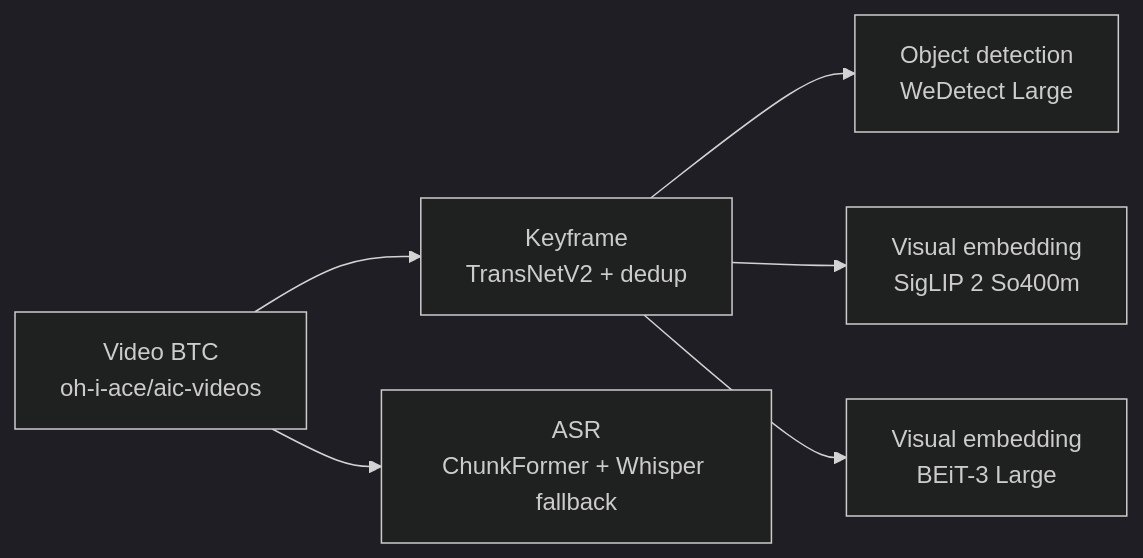
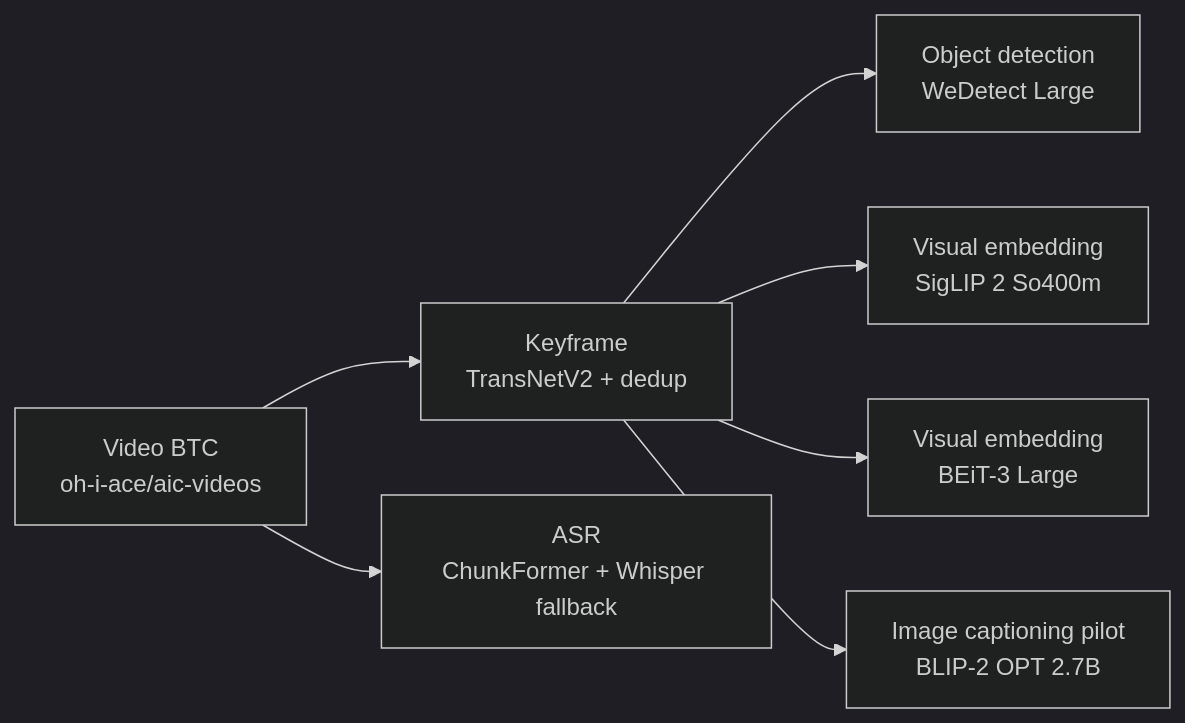
Before and after one commit to AIVIETNAM-AIO-LeWann/multimedia-video-rag: the diagram in README.md, drawn with Mermaid (dark theme). The commit also changed other lines of this file and 5 other files, not shown here.

Commit message:
feat: add BLIP-2 caption ingestion pilot

````diff
--- a/README.md
+++ b/README.md
@@ -34,15 +35,17 @@
 ```mermaid
 flowchart LR
     V[Video BTC<br/>oh-i-ace/aic-videos]
     KF[Keyframe<br/>TransNetV2 + dedup]
     ASR[ASR<br/>ChunkFormer + Whisper fallback]
     OD[Object detection<br/>WeDetect Large]
     S[Visual embedding<br/>SigLIP 2 So400m]
     B[Visual embedding<br/>BEiT-3 Large]
+    C[Image captioning pilot<br/>BLIP-2 OPT 2.7B]
 
     V --> KF
     V --> ASR
     KF --> OD
     KF --> S
     KF --> B
+    KF --> C
 ```
````
